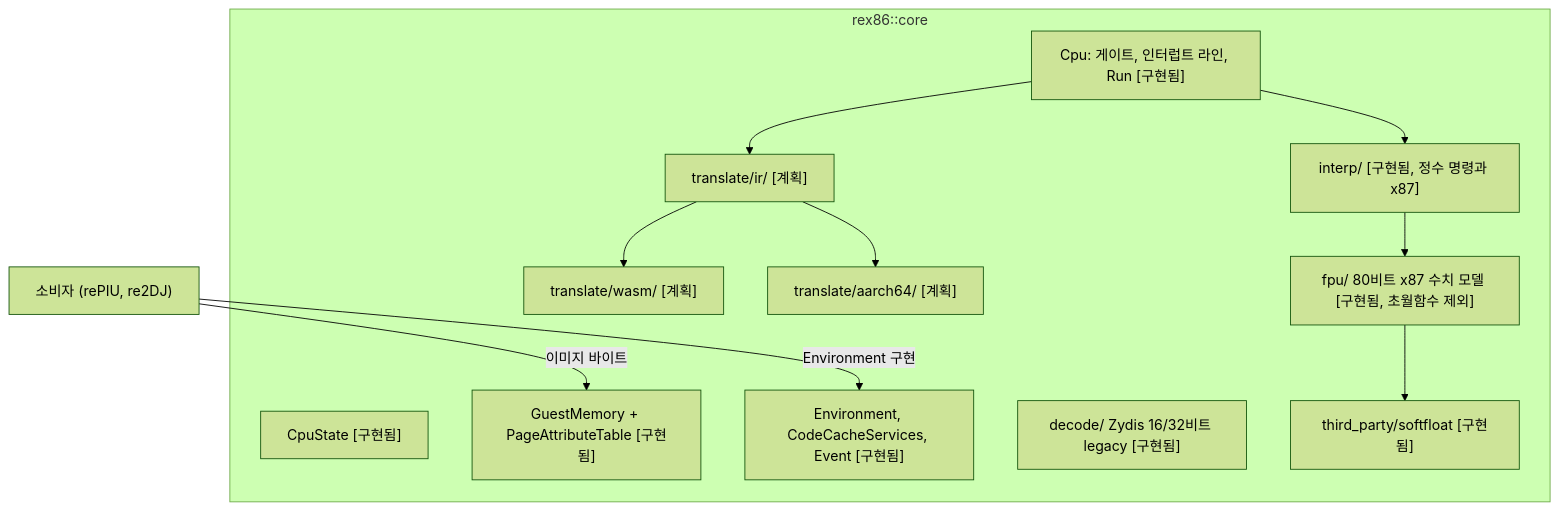
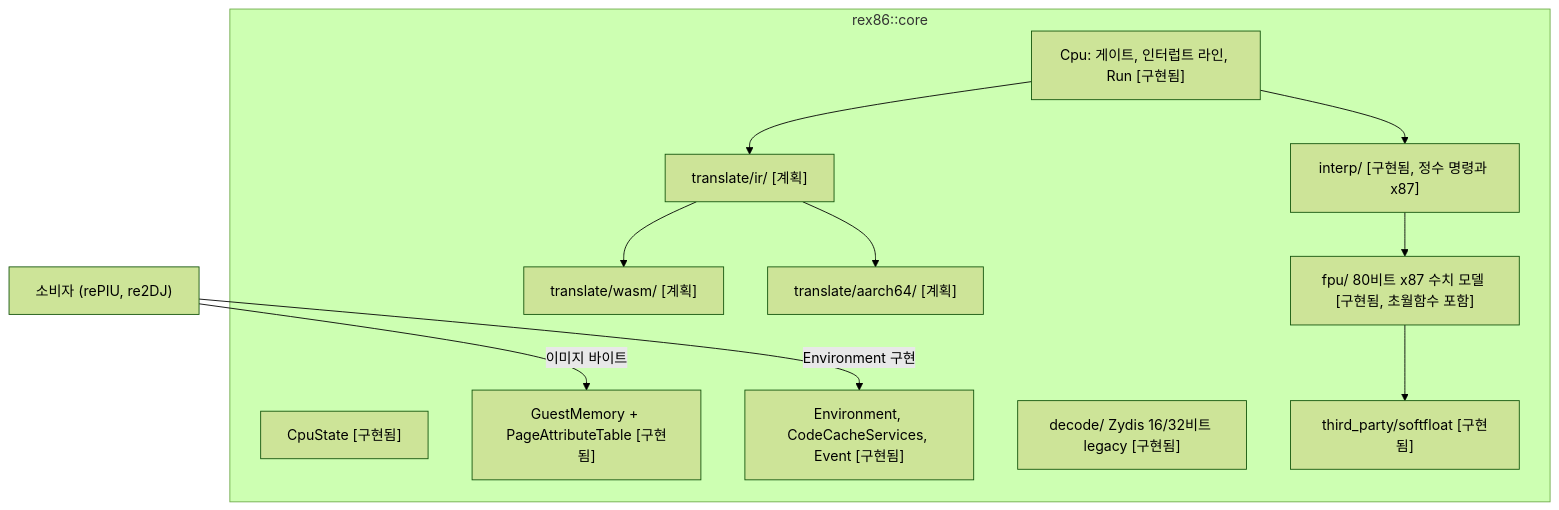
Before and after one commit to reexec/rex86: the diagram in ARCHITECTURE.md, drawn with Mermaid (forest theme). The commit also changed other lines of this file and 31 other files, not shown here.

````diff
--- a/ARCHITECTURE.md
+++ b/ARCHITECTURE.md
@@ -9,24 +9,24 @@
 ```mermaid
 flowchart TB
     subgraph CORE["rex86::core"]
         STATE["CpuState [구현됨]"]
         MEM["GuestMemory + PageAttributeTable [구현됨]"]
         ENV["Environment, CodeCacheServices, Event [구현됨]"]
         CPU["Cpu: 게이트, 인터럽트 라인, Run [구현됨]"]
         DEC["decode/ Zydis 16/32비트 legacy [구현됨]"]
         INT["interp/ [구현됨, 정수 명령과 x87]"]
         IR["translate/ir/ [계획]"]
         WASM["translate/wasm/ [계획]"]
         A64["translate/aarch64/ [계획]"]
-        FPU["fpu/ 80비트 x87 수치 모델 [구현됨, 초월함수 제외]"]
+        FPU["fpu/ 80비트 x87 수치 모델 [구현됨, 초월함수 포함]"]
         SF["third_party/softfloat [구현됨]"]
     end
     HOST["소비자 (rePIU, re2DJ)"] -- "Environment 구현" --> ENV
     HOST -- "이미지 바이트" --> MEM
     CPU --> INT
     INT --> FPU
     FPU --> SF
     CPU --> IR
     IR --> WASM
     IR --> A64
 ```
````
